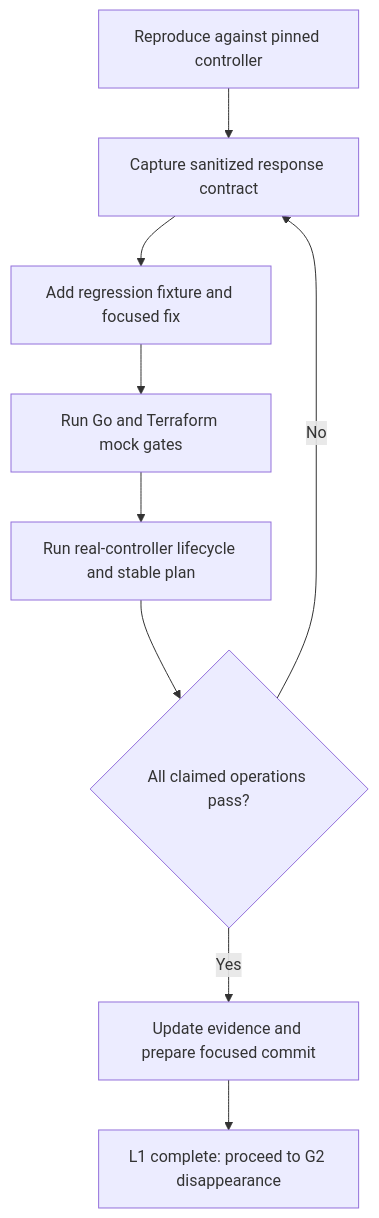
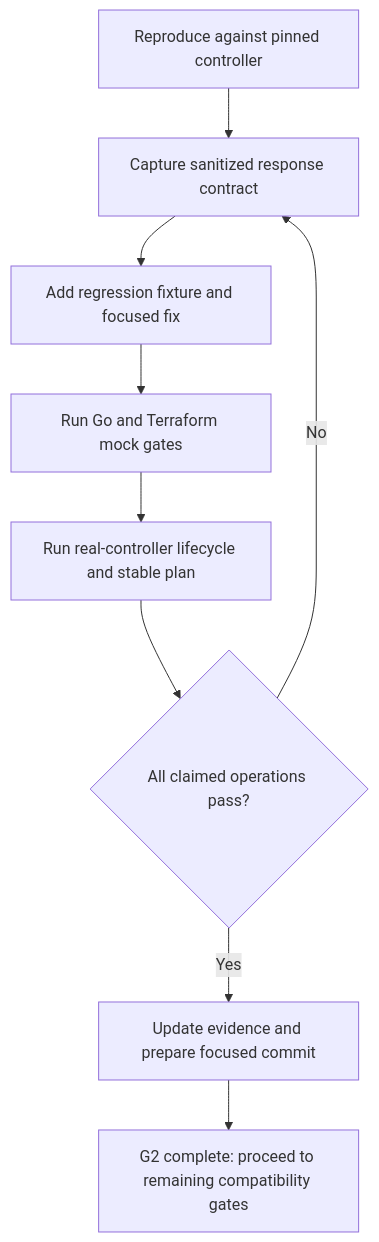
The diagram in docs/plans/controller-compatibility.md (wbniv/terraform-provider-tplink-omada), drawn with Mermaid before and after one commit. The commit also changed other lines of this file and 41 other files, not shown here.

````diff
--- a/docs/plans/controller-compatibility.md
+++ b/docs/plans/controller-compatibility.md
@@ -130,11 +130,11 @@
 ```mermaid
 flowchart TD
     A[Reproduce against pinned controller] --> B[Capture sanitized response contract]
     B --> C[Add regression fixture and focused fix]
     C --> D[Run Go and Terraform mock gates]
     D --> E[Run real-controller lifecycle and stable plan]
     E --> F{All claimed operations pass?}
     F -->|No| B
     F -->|Yes| G[Update evidence and prepare focused commit]
-    G --> H[L1 complete: proceed to G2 disappearance]
+    G --> H[G2 complete: proceed to remaining compatibility gates]
 ```
````
